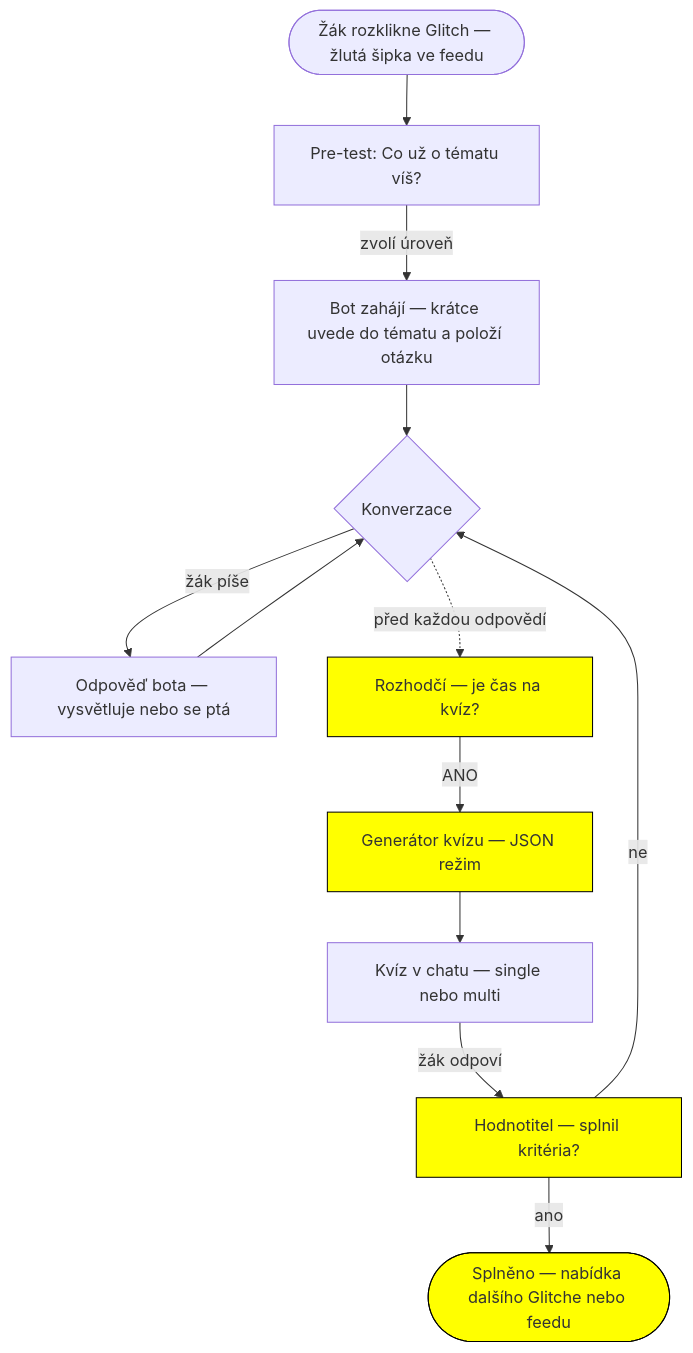
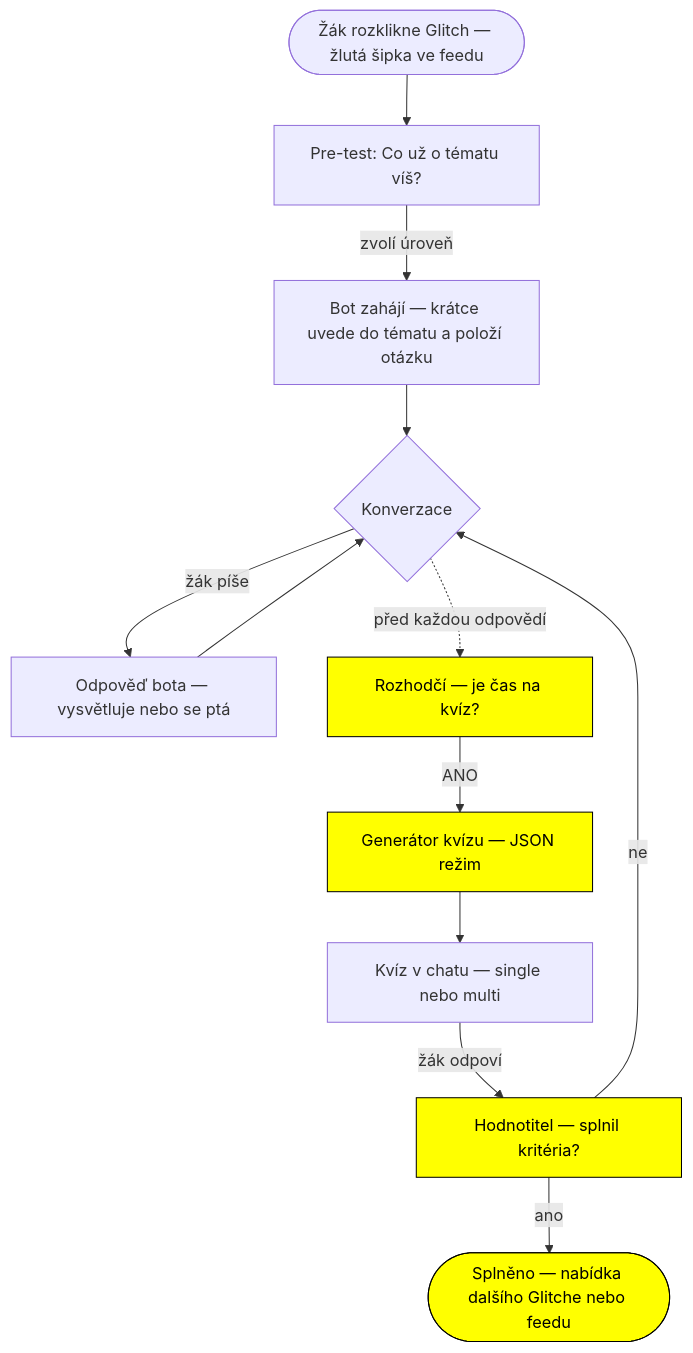
The first of 4 diagrams in docs/tok-basic-glitch.md (aidetemcz/glitch), drawn with Mermaid before and after one commit. The commit also changed other lines of this file and 4 other files, not shown here.

First line of the commit message:
concept_mastery + vyhodnoceni pri znovuotevreni + oprava barvy v diagramu

````diff
--- a/docs/tok-basic-glitch.md
+++ b/docs/tok-basic-glitch.md
@@ -13,20 +13,20 @@
 ```mermaid
 flowchart TD
     A(["Žák rozklikne Glitch — žlutá šipka ve feedu"]) --> B["Pre-test: Co už o tématu víš?"]
     B -->|zvolí úroveň| C["Bot zahájí — krátce uvede do tématu a položí otázku"]
     C --> D{Konverzace}
     D -->|žák píše| E["Odpověď bota — vysvětluje nebo se ptá"]
     E --> D
 
     D -.->|před každou odpovědí| F["Rozhodčí — je čas na kvíz?"]
     F -->|ANO| G["Generátor kvízu — JSON režim"]
     G --> H["Kvíz v chatu — single nebo multi"]
     H -->|žák odpoví| I["Hodnotitel — splnil kritéria?"]
     I -->|ne| D
     I -->|ano| J(["Splněno — nabídka dalšího Glitche nebo feedu"])
 
-    style F fill:#ffff00,stroke:#000
-    style G fill:#ffff00,stroke:#000
-    style I fill:#ffff00,stroke:#000
-    style J fill:#ffff00,stroke:#000
+    style F fill:#ffff00,stroke:#000,color:#000
+    style G fill:#ffff00,stroke:#000,color:#000
+    style I fill:#ffff00,stroke:#000,color:#000
+    style J fill:#ffff00,stroke:#000,color:#000
 ```
````
